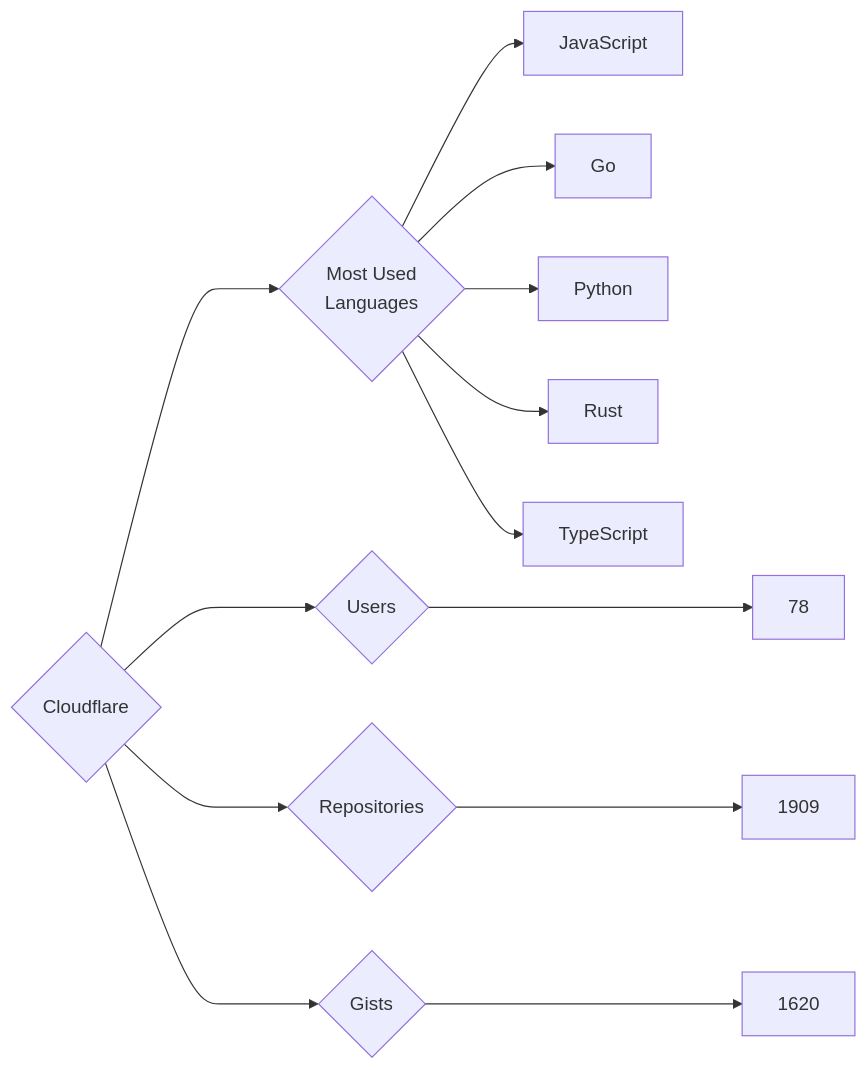
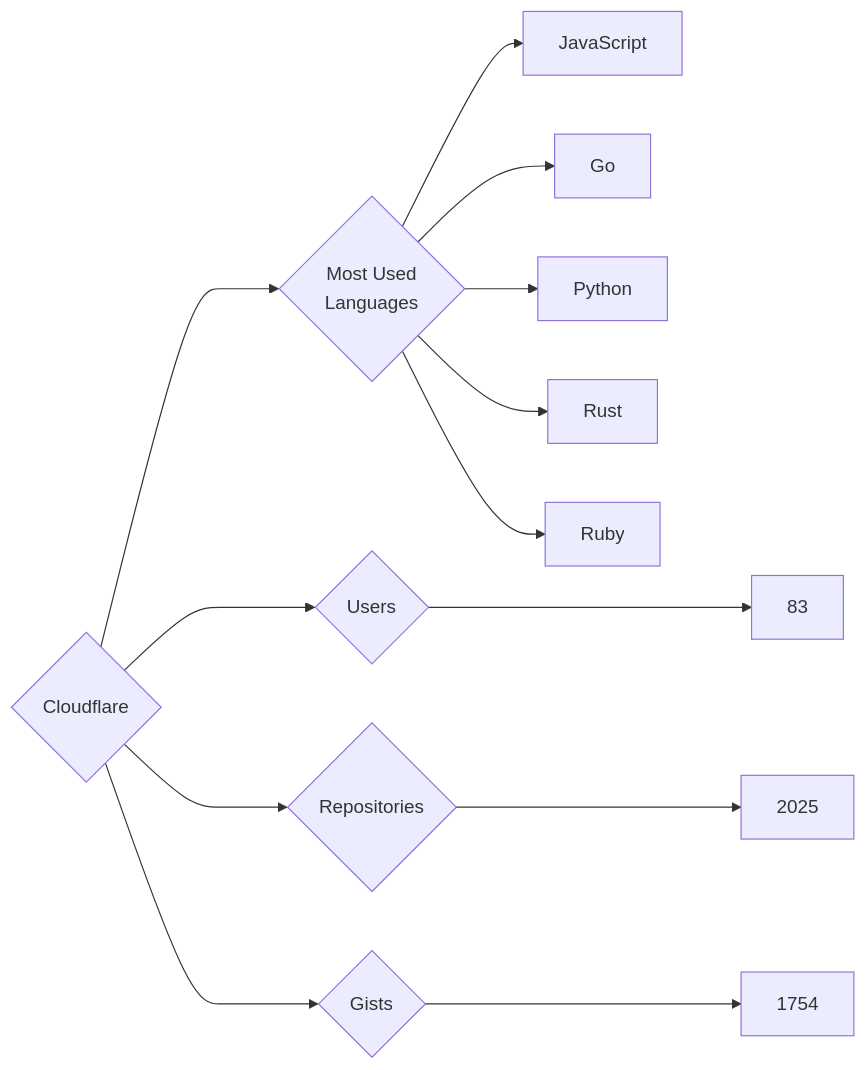
Before and after one commit to trickest/insiders: the diagram in targets/Cloudflare/README.md, drawn with Mermaid. The commit also changed 1195 other files, not shown here.

````diff
--- a/targets/Cloudflare/README.md
+++ b/targets/Cloudflare/README.md
@@ -3,13 +3,13 @@
 ```mermaid
 graph LR
 COMPANY_NAME{Cloudflare}
-COMPANY_NAME ---> U{Users} ---> UN[78]
-COMPANY_NAME ---> R{Repositories} ---> RN[1909]
-COMPANY_NAME ---> G{Gists} ---> GN[1620]
+COMPANY_NAME ---> U{Users} ---> UN[83]
+COMPANY_NAME ---> R{Repositories} ---> RN[2025]
+COMPANY_NAME ---> G{Gists} ---> GN[1754]
 COMPANY_NAME ---> ML{Most Used<br>Languages}
 ML --> JavaScript[JavaScript]
 ML --> Go[Go]
 ML --> Python[Python]
 ML --> Rust[Rust]
-ML --> TypeScript[TypeScript]
+ML --> Ruby[Ruby]
 ```
````
